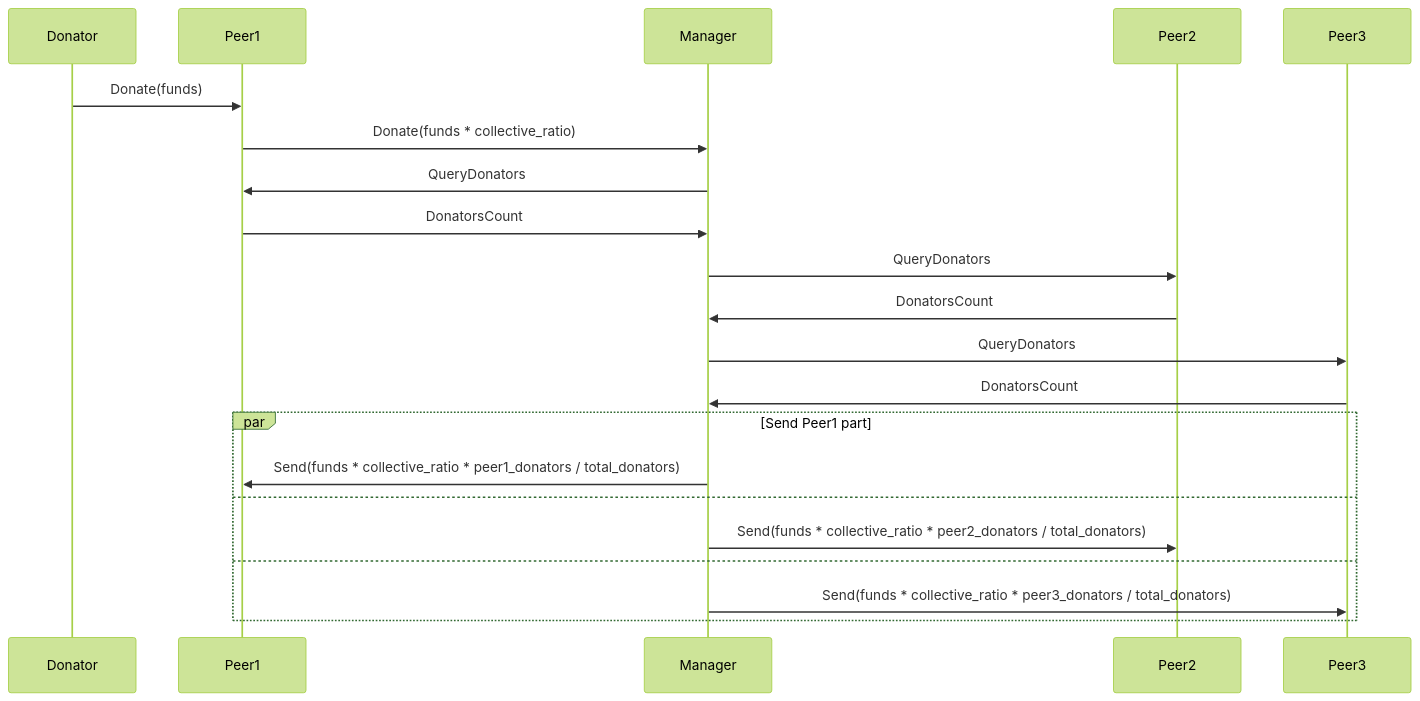
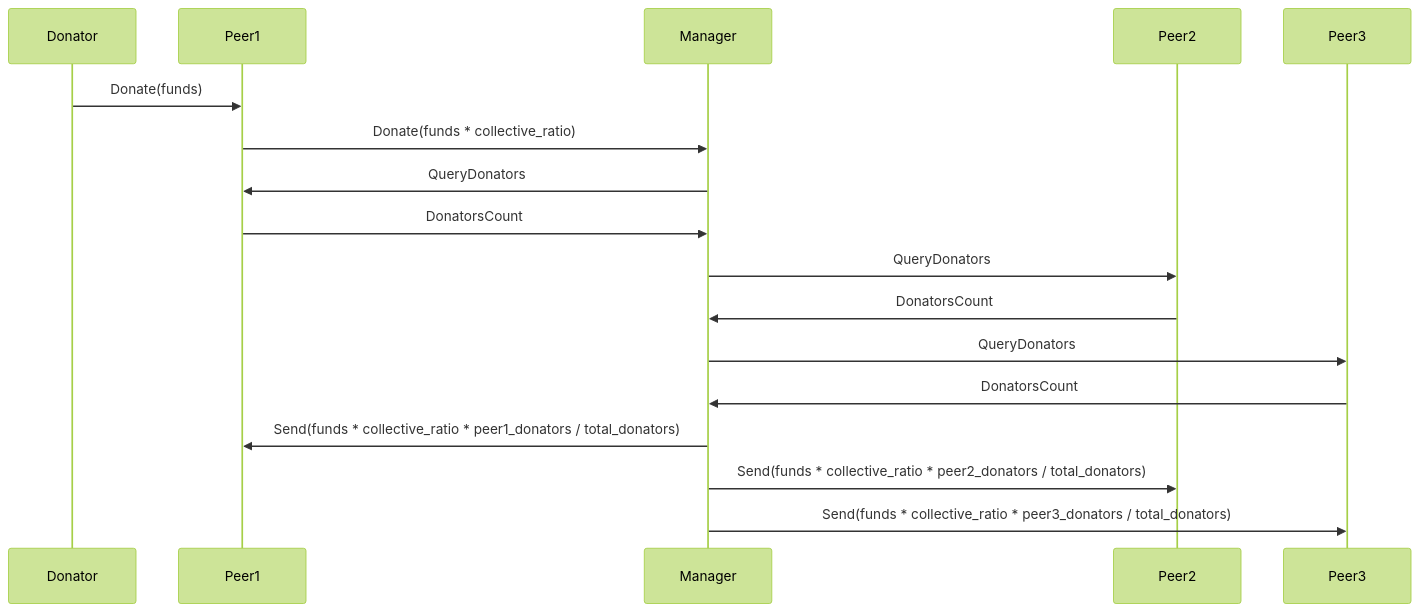
One commit to hashedone/cw-workshop changed the fourth of 6 diagrams in README.md. Above: the diagram before and after it, drawn with Mermaid (forest theme). The commit also changed other lines of this file, not shown here.

````diff
--- a/README.md
+++ b/README.md
@@ -67,22 +67,18 @@
 ```mermaid
 sequenceDiagram
 
 Donator->>Peer1: Donate(funds)
 
 Peer1->>Manager: Donate(funds * collective_ratio)
 
 Manager->>Peer1: QueryDonators
 Peer1->>Manager: DonatorsCount
 Manager->>Peer2: QueryDonators
 Peer2->>Manager: DonatorsCount
 Manager->>Peer3: QueryDonators
 Peer3->>Manager: DonatorsCount
 
-par Send Peer1 part
-    Manager->>Peer1: Send(funds * collective_ratio * peer1_donators / total_donators)
-and
-    Manager->>Peer2: Send(funds * collective_ratio * peer2_donators / total_donators)
-and
-    Manager->>Peer3: Send(funds * collective_ratio * peer3_donators / total_donators)
-end
+Manager->>Peer1: Send(funds * collective_ratio * peer1_donators / total_donators)
+Manager->>Peer2: Send(funds * collective_ratio * peer2_donators / total_donators)
+Manager->>Peer3: Send(funds * collective_ratio * peer3_donators / total_donators)
 ```
````
